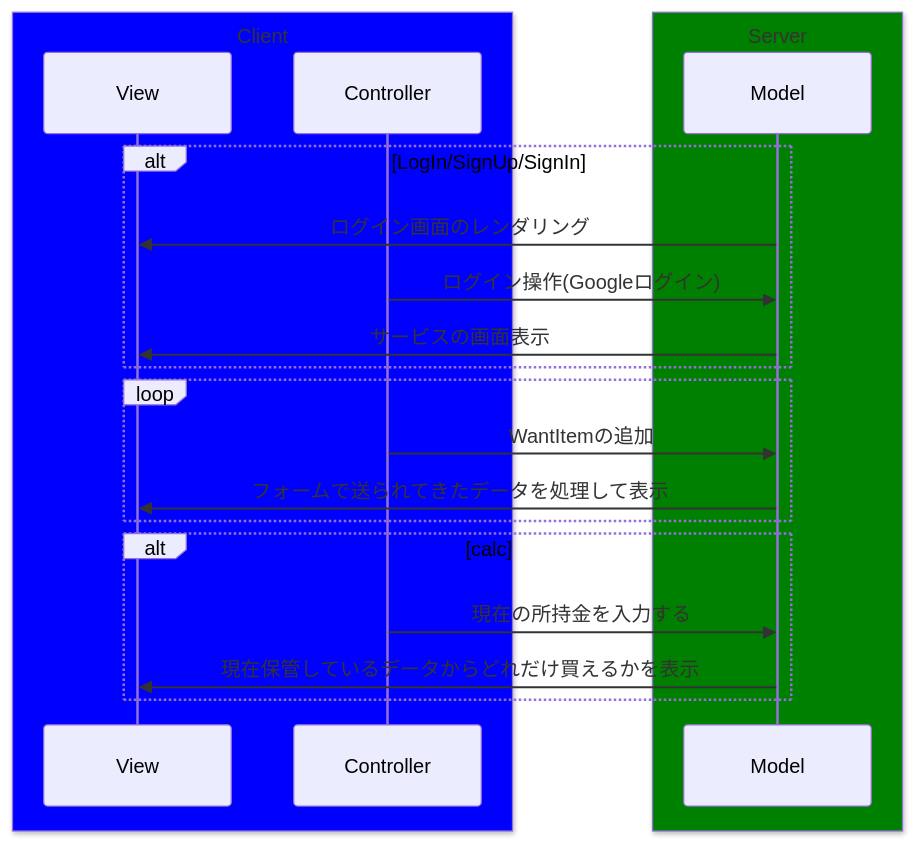
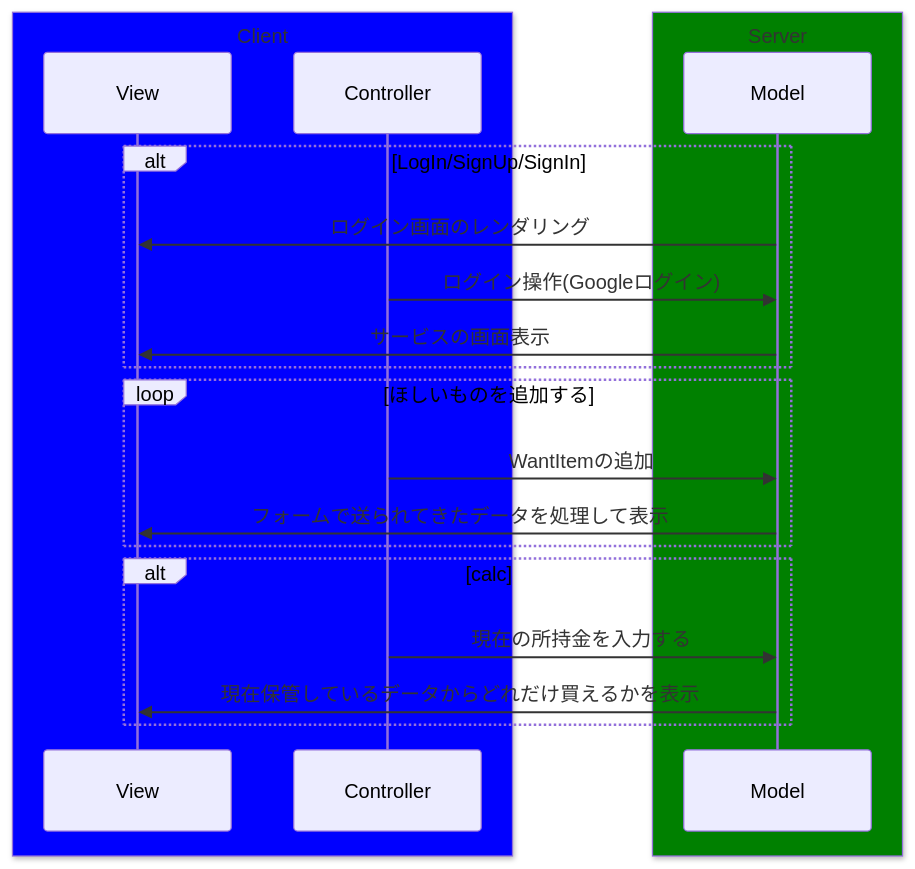
One commit to Tiamat-KIT/wantlistapp changed the diagram in README.md. Above: the diagram before and after it, drawn with Mermaid.

````diff
--- a/README.md
+++ b/README.md
@@ -16,23 +16,23 @@
 ```mermaid
 sequenceDiagram
  box blue Client
  participant View
  participant Controller
  end
  box green Server
  participant Model
  end
  alt LogIn/SignUp/SignIn
  Model->>View:ログイン画面のレンダリング
  Controller->>Model:ログイン操作(Googleログイン)
  Model->>View:サービスの画面表示
  end
- loop
+ loop ほしいものを追加する
  Controller->>Model:WantItemの追加
  Model->>View:フォームで送られてきたデータを処理して表示
  end
  alt calc
  Controller->>Model:現在の所持金を入力する
  Model->>View:現在保管しているデータからどれだけ買えるかを表示
  end
 ```
````
